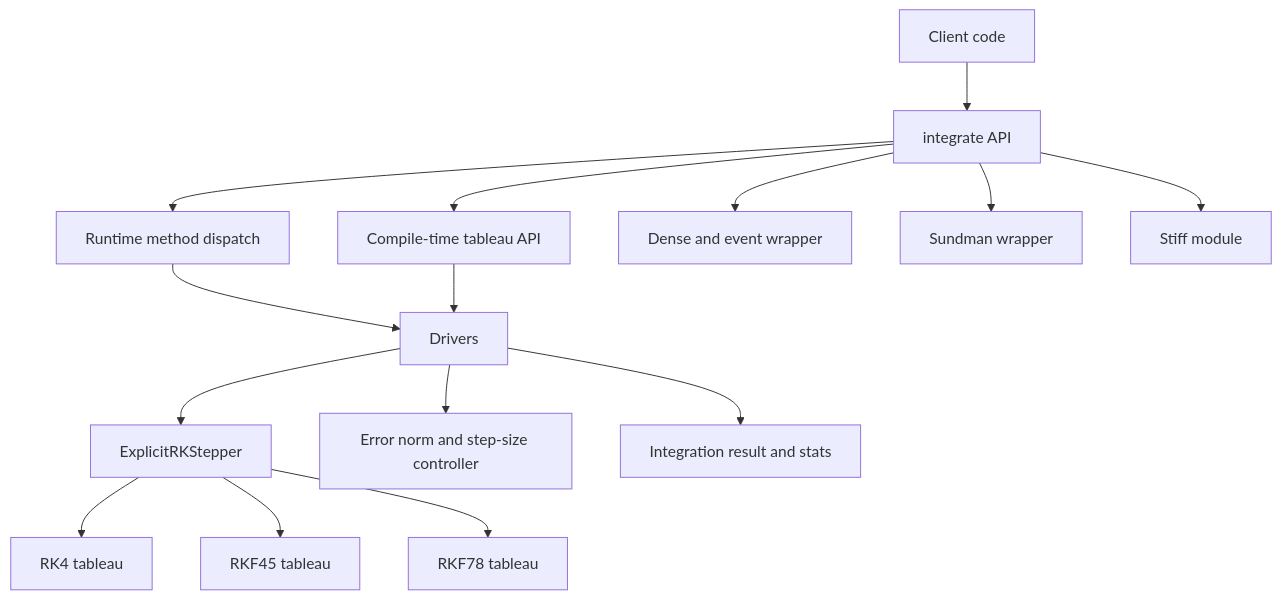
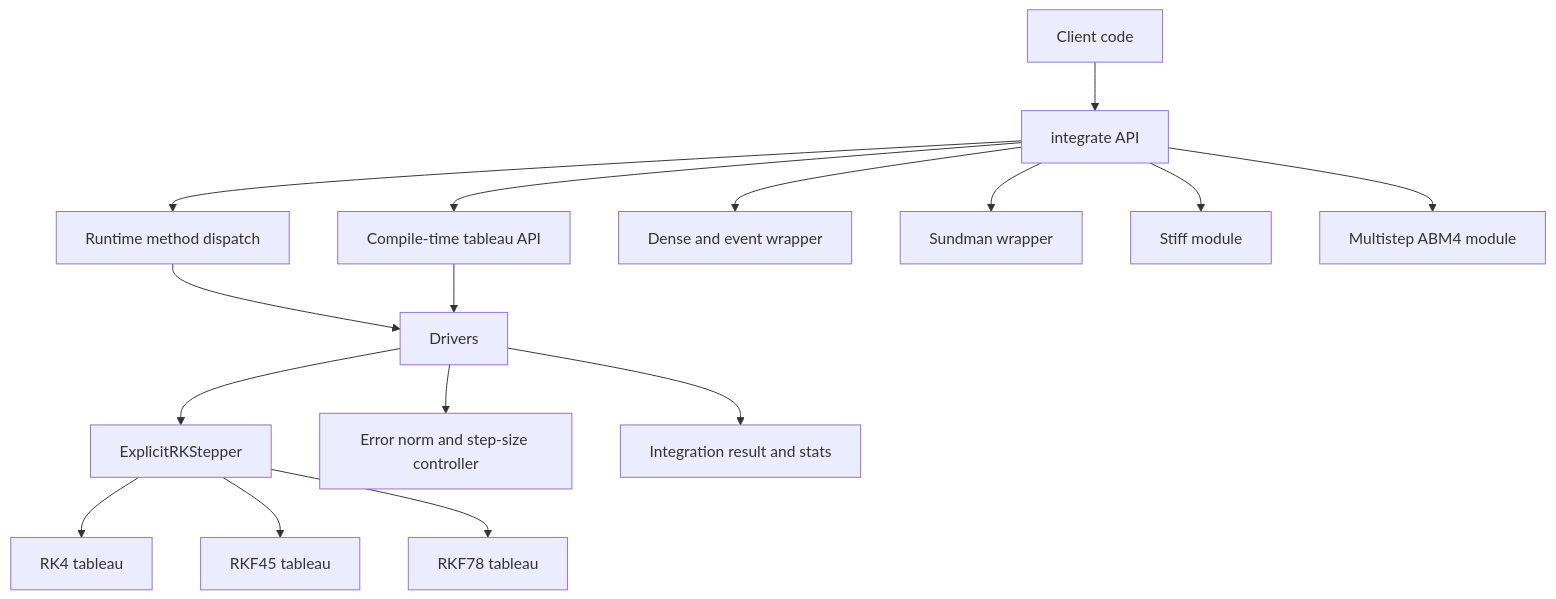
One commit to watsonryan/orbitIntegrator changed the diagram in README.md. Above: the diagram before and after it, drawn with Mermaid. The commit also changed other lines of this file, not shown here.

Commit message:
Update README for multistep Adams integration support

````diff
--- a/README.md
+++ b/README.md
@@ -16,17 +17,18 @@
 ```mermaid
 flowchart TD
   A[Client code] --> B[integrate API]
   B --> C[Runtime method dispatch]
   B --> D[Compile-time tableau API]
   C --> E[Drivers]
   D --> E
   E --> F[ExplicitRKStepper]
   F --> G[RK4 tableau]
   F --> H[RKF45 tableau]
   F --> I[RKF78 tableau]
   E --> J[Error norm and step-size controller]
   E --> K[Integration result and stats]
   B --> L[Dense and event wrapper]
   B --> M[Sundman wrapper]
   B --> N[Stiff module]
+  B --> O[Multistep ABM4 module]
 ```
````
